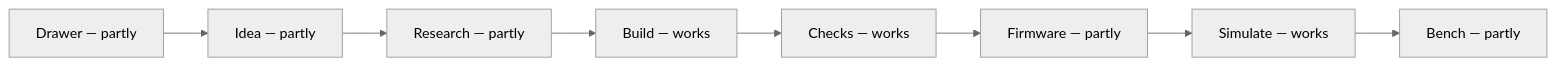
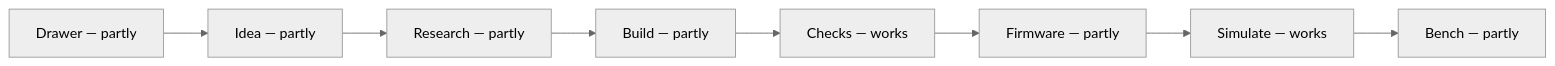
The diagram in docs/guide/journey.md (xmejkal/spark), drawn with Mermaid (neutral theme) before and after one commit. The commit also changed 16 other files, not shown here.

````diff
--- a/docs/guide/journey.md
+++ b/docs/guide/journey.md
@@ -12,6 +12,6 @@
 ```mermaid
 flowchart LR
     drawer["Drawer — partly"] --> idea["Idea — partly"] --> research["Research — partly"]
-    research --> build["Build — works"] --> checks["Checks — works"] --> firmware["Firmware — partly"]
+    research --> build["Build — partly"] --> checks["Checks — works"] --> firmware["Firmware — partly"]
     firmware --> simulate["Simulate — works"] --> bench["Bench — partly"]
 ```
````
